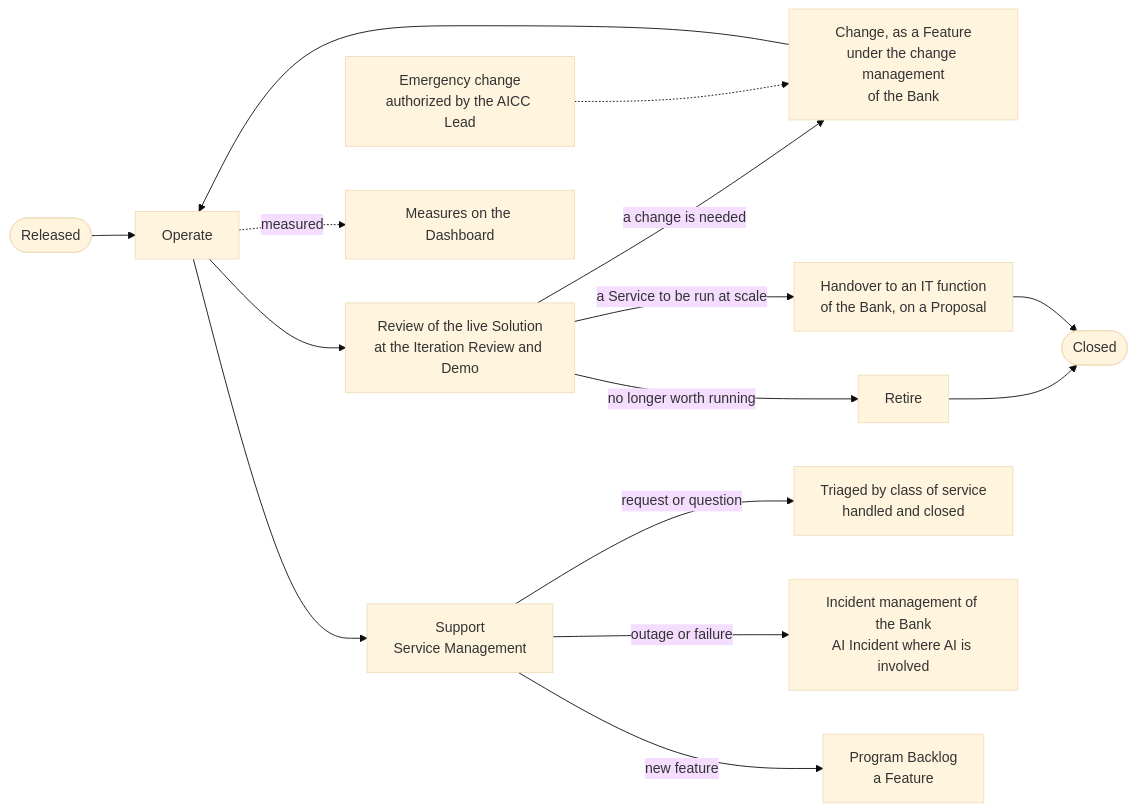
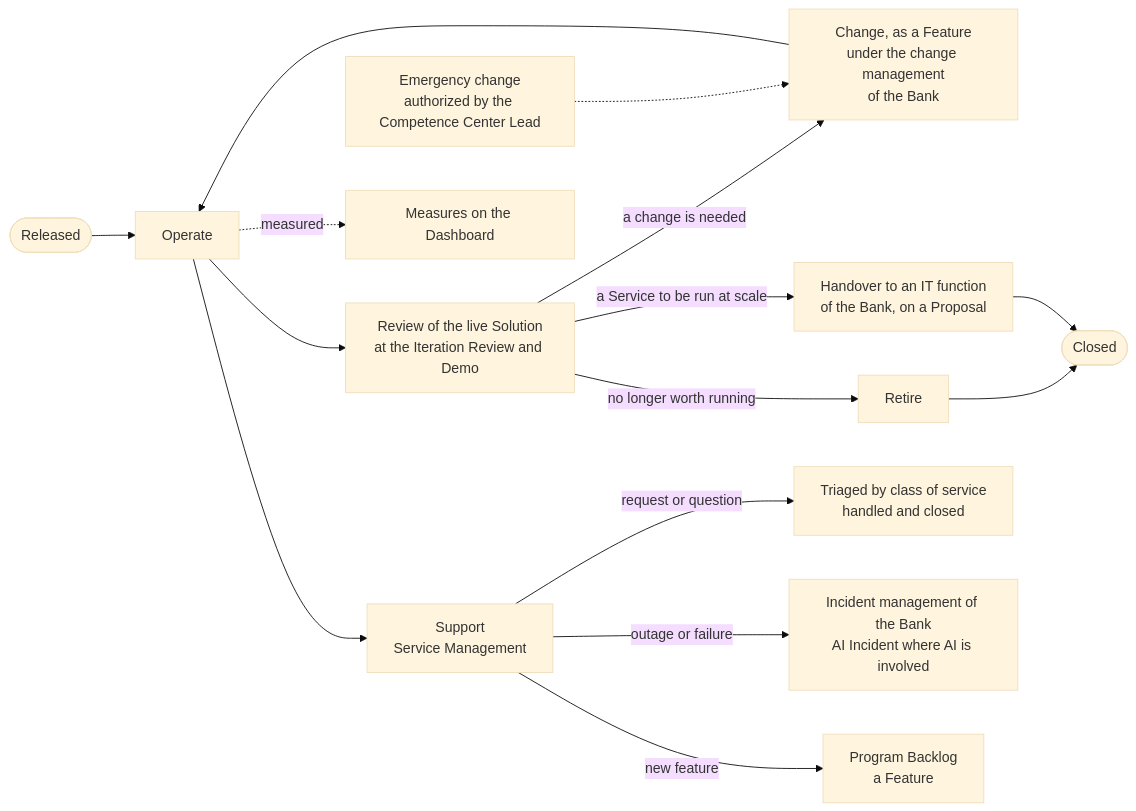
The ninth of 10 diagrams in charter/en/workflows/service-delivery.md (devhogu/ob-aicc), drawn with Mermaid (base theme) before and after one commit. The commit also changed other lines of this file and 1149 other files, not shown here.

First line of the commit message:
The name Competence Center: AICC stays only as a code (DR-2026-066)

````diff
--- a/charter/en/workflows/service-delivery.md
+++ b/charter/en/workflows/service-delivery.md
@@ -255,17 +255,17 @@
 ```mermaid
 flowchart LR
   R(["Released"]) --> O["Operate"]
   O --> RV["Review of the live Solution<br/>at the Iteration Review and Demo"]
   RV -->|"a change is needed"| C["Change, as a Feature<br/>under the change management<br/>of the Bank"]
   C --> O
-  EM["Emergency change<br/>authorized by the AICC Lead"] -.-> C
+  EM["Emergency change<br/>authorized by the Competence Center Lead"] -.-> C
   RV -->|"no longer worth running"| X["Retire"]
   X --> Z(["Closed"])
   RV -->|"a Service to be run at scale"| HO["Handover to an IT function<br/>of the Bank, on a Proposal"]
   HO --> Z
   O -.->|"measured"| M["Measures on the Dashboard"]
   O --> SP["Support<br/>Service Management"]
   SP -->|"request or question"| H["Triaged by class of service<br/>handled and closed"]
   SP -->|"outage or failure"| IM["Incident management of the Bank<br/>AI Incident where AI is involved"]
   SP -->|"new feature"| PB["Program Backlog<br/>a Feature"]
 ```
````
